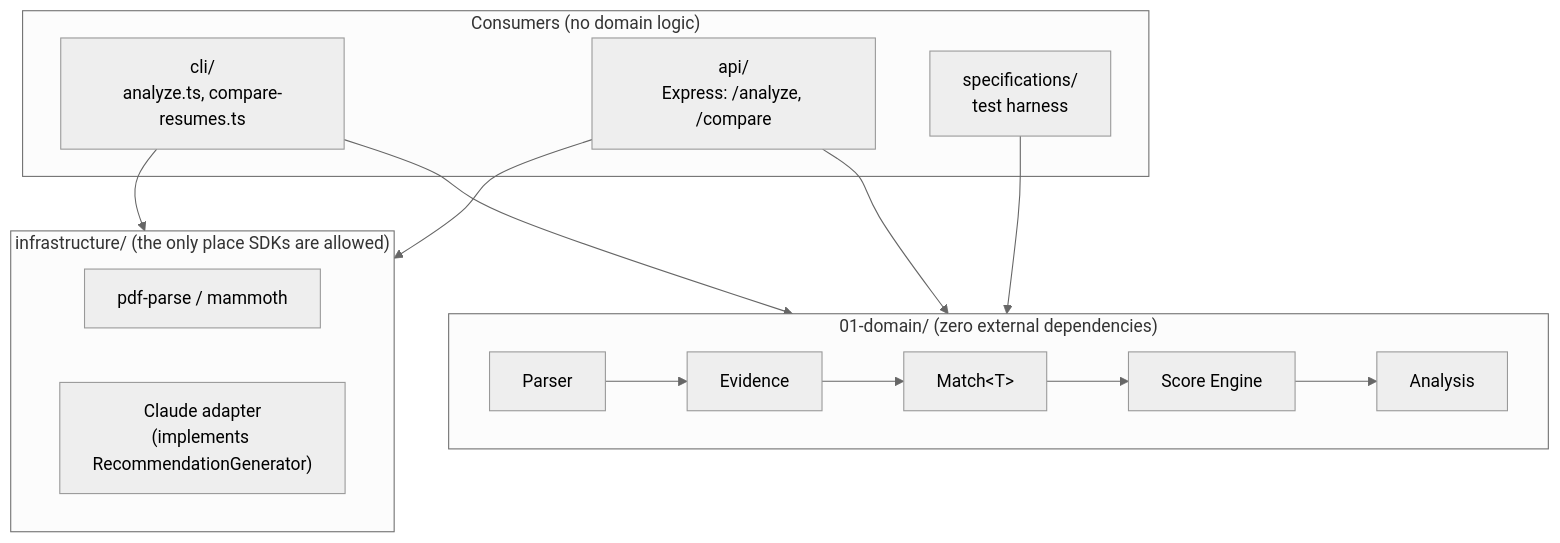
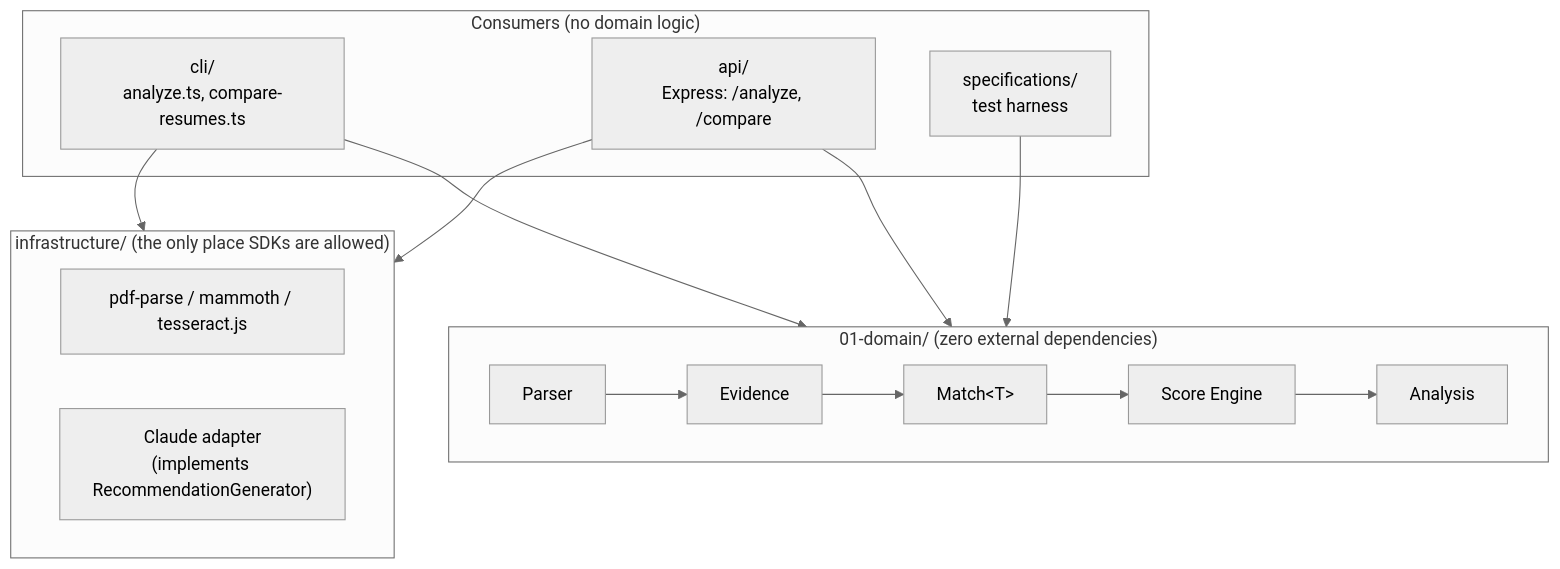
One commit to T-Hernandez/Resume-Copilot changed the diagram in README.md. Above: the diagram before and after it, drawn with Mermaid (neutral theme). The commit also changed other lines of this file and 6 other files, not shown here.

````diff
--- a/README.md
+++ b/README.md
@@ -38,24 +38,24 @@
 ```mermaid
 flowchart TB
     subgraph consumers["Consumers (no domain logic)"]
         CLI["cli/<br/>analyze.ts, compare-resumes.ts"]
         API["api/<br/>Express: /analyze, /compare"]
         Specs["specifications/<br/>test harness"]
     end
 
     subgraph domain["01-domain/  (zero external dependencies)"]
         direction LR
         Parser --> Evidence --> Match["Match&lt;T&gt;"] --> Score["Score Engine"] --> Analysis
     end
 
     subgraph infra["infrastructure/  (the only place SDKs are allowed)"]
-        PDF["pdf-parse / mammoth"]
+        PDF["pdf-parse / mammoth / tesseract.js"]
         Claude["Claude adapter<br/>(implements RecommendationGenerator)"]
     end
 
     CLI --> domain
     API --> domain
     Specs --> domain
     CLI --> infra
     API --> infra
 ```
````
